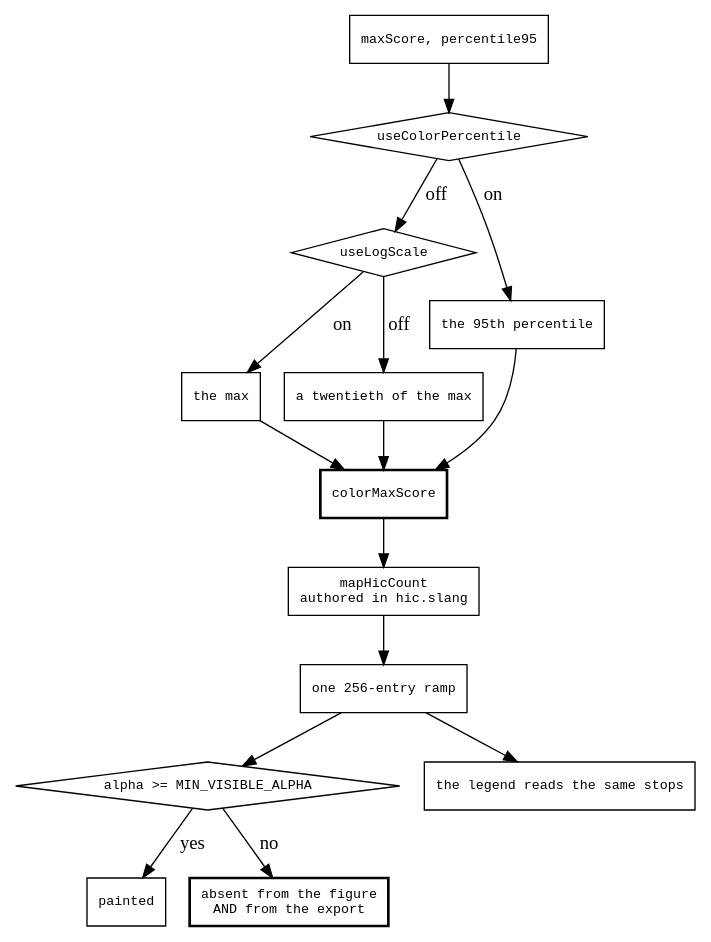
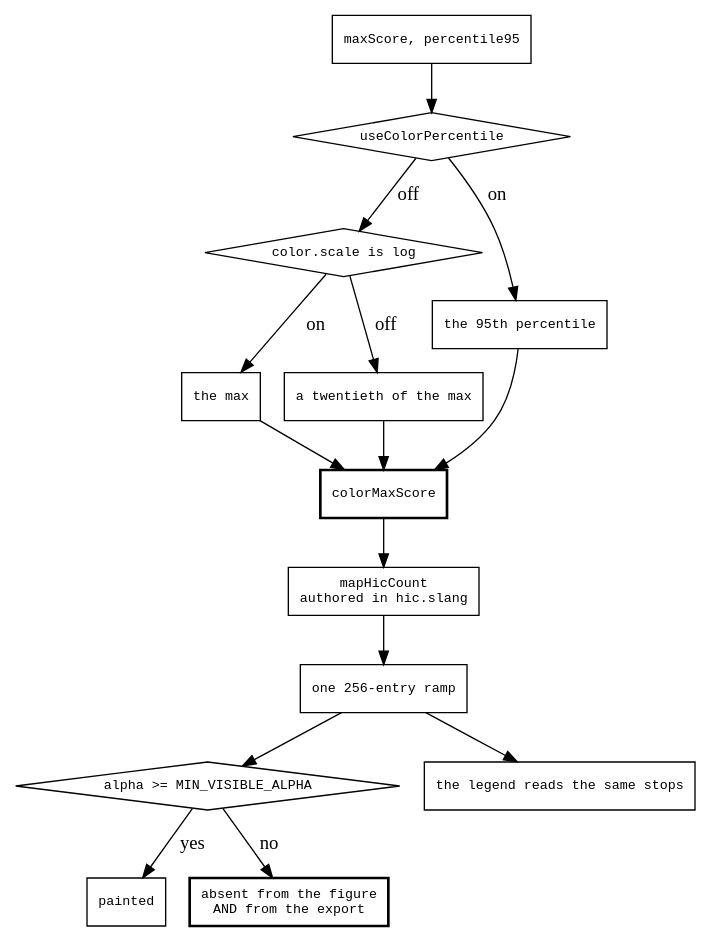
Before and after one commit to GMOD/jbrowse-components: the diagram in agent-docs/mechanisms/diagrams/hic-colour.dot, drawn with Graphviz. The commit also changed 53 other files, not shown here.

```diff
--- a/agent-docs/mechanisms/diagrams/hic-colour.dot
+++ b/agent-docs/mechanisms/diagrams/hic-colour.dot
@@ -1,35 +1,35 @@
 digraph hic_colour {
   rankdir=TB
   node [shape=box fontname=monospace fontsize=10]
   { node [shape=diamond] pct; ls; visible }
 
   data [label="maxScore, percentile95"]
   pct [label="useColorPercentile"]
   data -> pct
   pct -> p95 [label=" on"]
   pct -> ls  [label=" off"]
   p95 [label="the 95th percentile"]
-  ls [label="useLogScale"]
+  ls [label="color.scale is log"]
   ls -> max       [label=" on"]
   ls -> twentieth [label=" off"]
   max [label="the max"]
   twentieth [label="a twentieth of the max"]
 
   sat [label="colorMaxScore", style=bold]
   p95 -> sat  max -> sat  twentieth -> sat
 
   map [label="mapHicCount\nauthored in hic.slang"]
   sat -> map
   ramp [label="one 256-entry ramp"]
   map -> ramp
 
   visible [label="alpha >= MIN_VISIBLE_ALPHA"]
   ramp -> visible
   visible -> paint [label=" yes"]
   visible -> skip  [label=" no"]
   paint [label="painted"]
   skip [label="absent from the figure\nAND from the export", style=bold]
 
   legend [label="the legend reads the same stops"]
   ramp -> legend
 }
```
